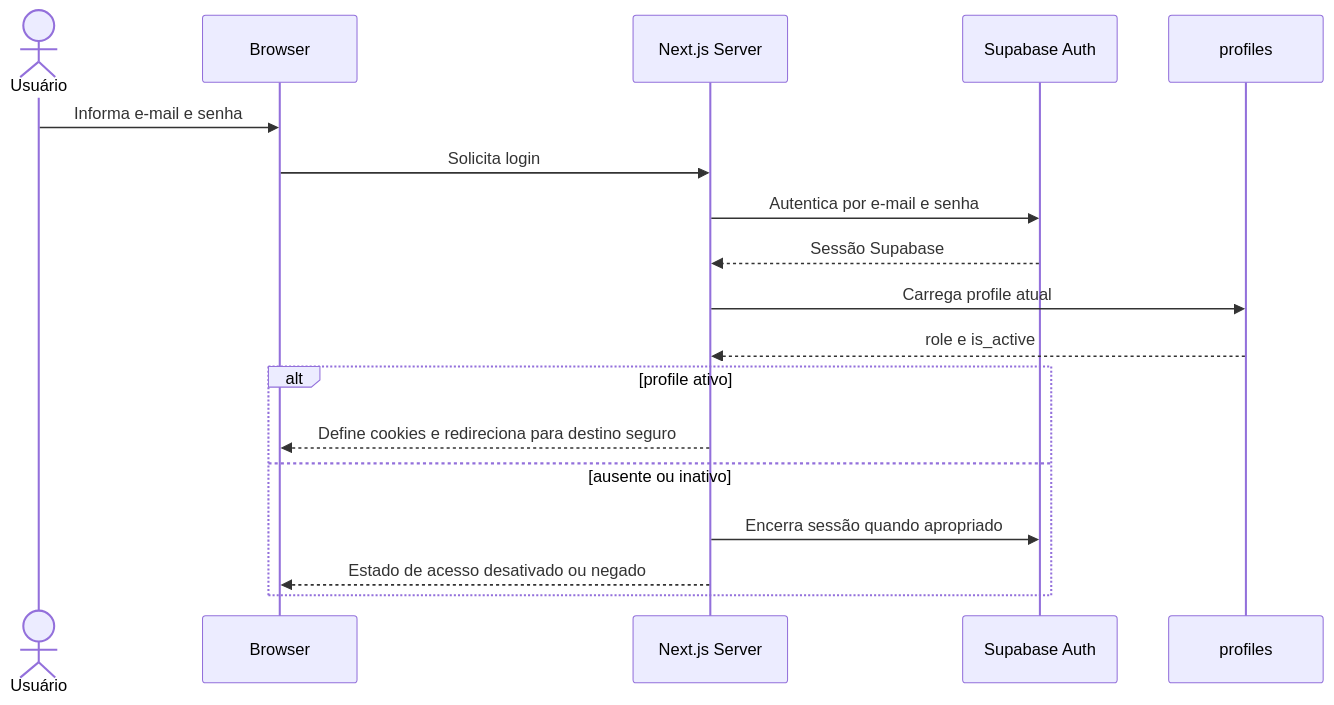
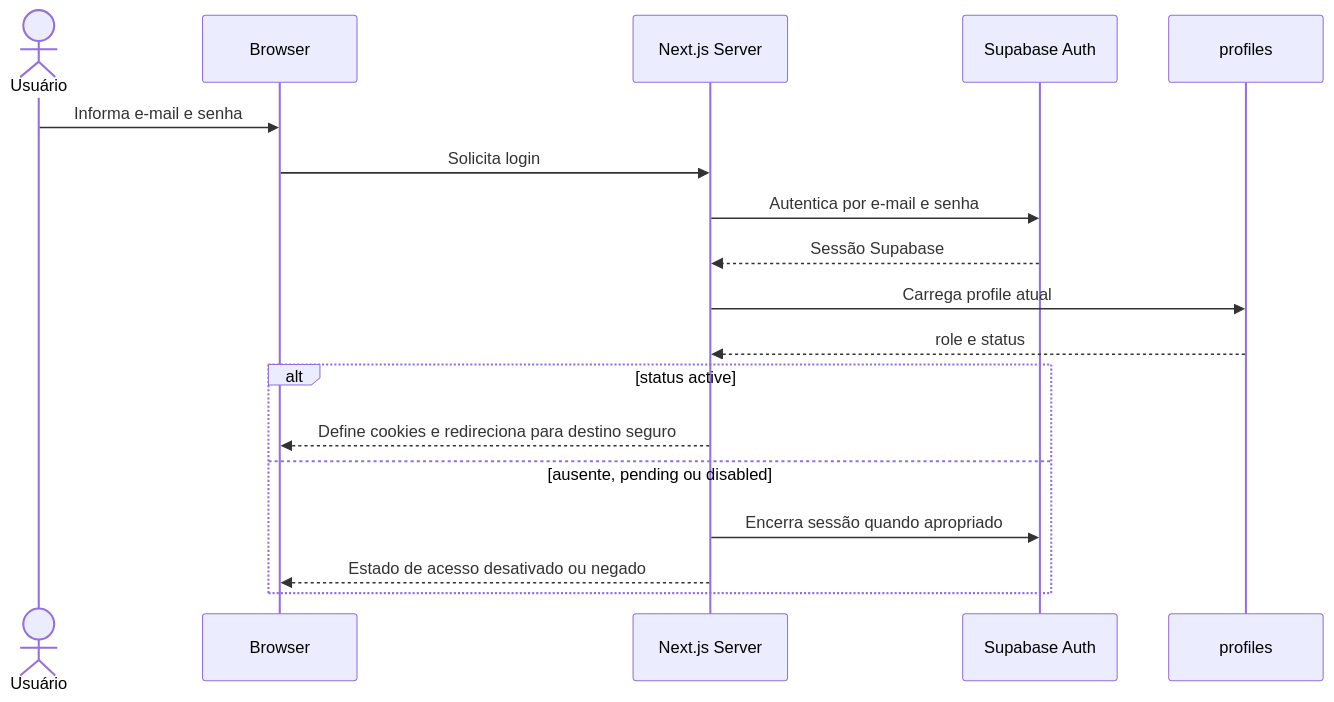
The second of 4 diagrams in docs/architecture/AUTHENTICATION_ARCHITECTURE.md (leandrovteixeira/compra-car), drawn with Mermaid before and after one commit. The commit also changed other lines of this file and 8 other files, not shown here.

Commit message:
docs(auth): refine authentication lifecycle and architecture

````diff
--- a/docs/architecture/AUTHENTICATION_ARCHITECTURE.md
+++ b/docs/architecture/AUTHENTICATION_ARCHITECTURE.md
@@ -200,20 +222,20 @@
 ```mermaid
 sequenceDiagram
   actor U as Usuário
   participant B as Browser
   participant N as Next.js Server
   participant A as Supabase Auth
   participant D as profiles
   U->>B: Informa e-mail e senha
   B->>N: Solicita login
   N->>A: Autentica por e-mail e senha
   A-->>N: Sessão Supabase
   N->>D: Carrega profile atual
-  D-->>N: role e is_active
-  alt profile ativo
+  D-->>N: role e status
+  alt status active
     N-->>B: Define cookies e redireciona para destino seguro
-  else ausente ou inativo
+  else ausente, pending ou disabled
     N->>A: Encerra sessão quando apropriado
     N-->>B: Estado de acesso desativado ou negado
   end
 ```
````
